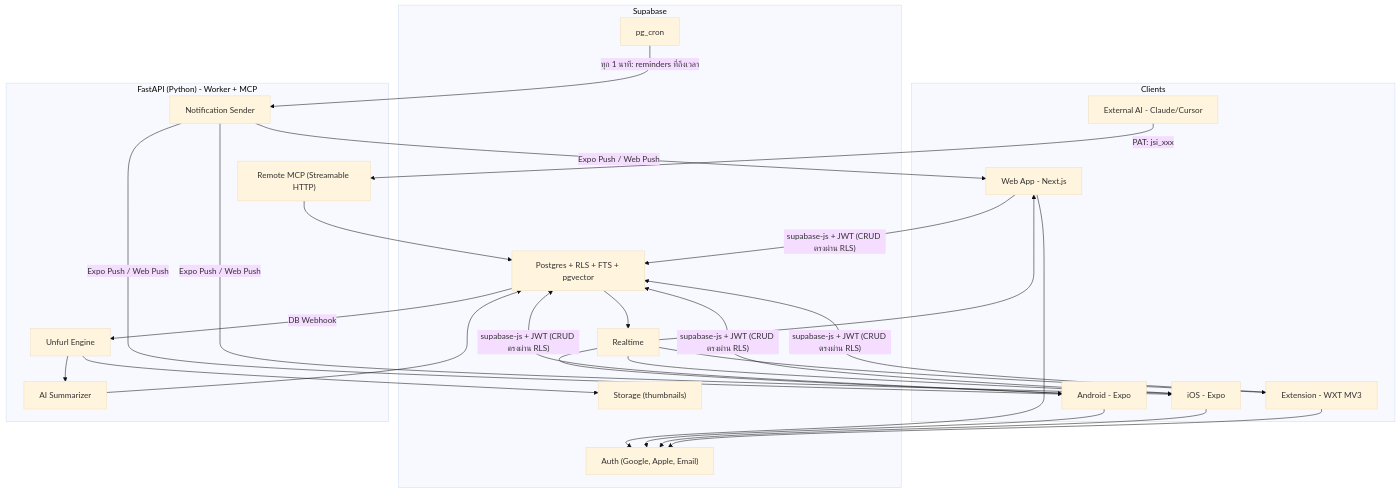
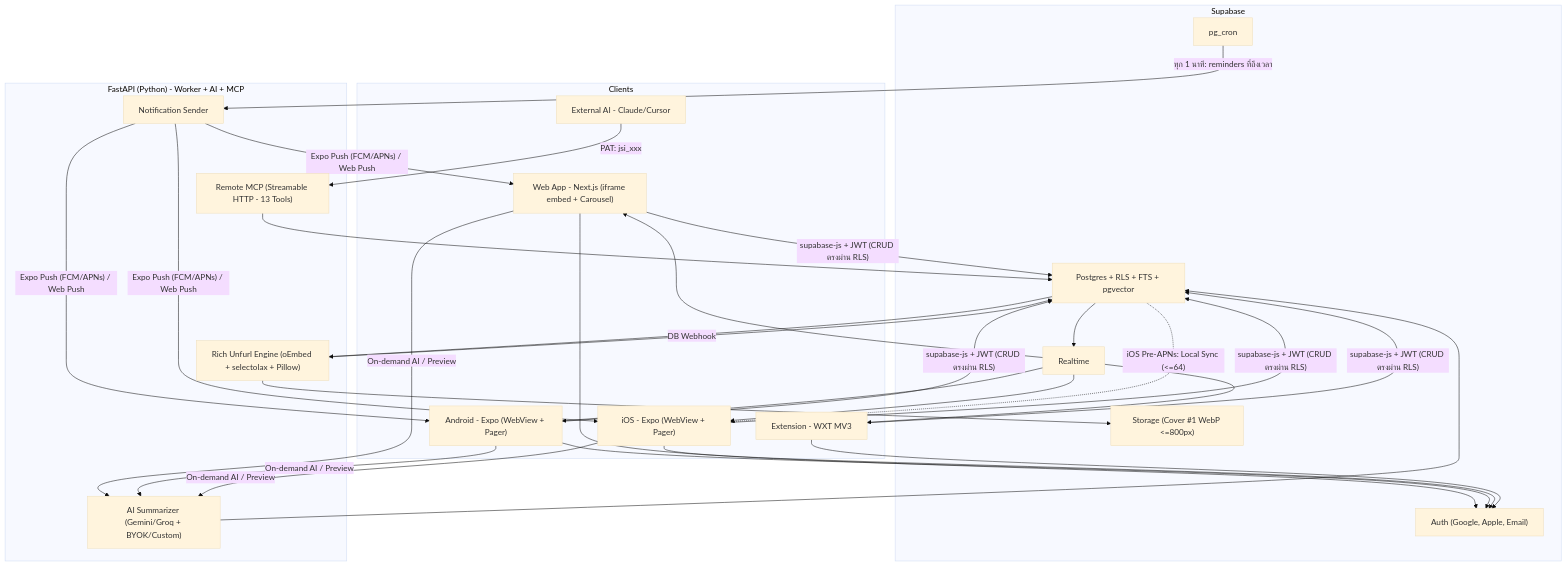
The second of 2 diagrams in PRODUCT_SPEC.md (Ws303/Just-Save-It-), drawn with Mermaid (base theme) before and after one commit. The commit also changed other lines of this file and 70 other files, not shown here.

First line of the commit message:
feat(backend,supabase): complete Parts 0-4 spec alignment, migrations 0001-0006, Unfurl, Reminders, and 88 tests

````diff
--- a/PRODUCT_SPEC.md
+++ b/PRODUCT_SPEC.md
@@ -153,30 +181,32 @@
 ```mermaid
 flowchart TD
     subgraph Clients
-        W["Web App - Next.js"]
-        A["Android - Expo"]
-        I["iOS - Expo"]
+        W["Web App - Next.js (iframe embed + Carousel)"]
+        A["Android - Expo (WebView + Pager)"]
+        I["iOS - Expo (WebView + Pager)"]
         E["Extension - WXT MV3"]
         M["External AI - Claude/Cursor"]
     end
     subgraph Supabase
         AUTH["Auth (Google, Apple, Email)"]
         PG["Postgres + RLS + FTS + pgvector"]
         RT["Realtime"]
-        ST["Storage (thumbnails)"]
+        ST["Storage (Cover #1 WebP <=800px)"]
         CRON["pg_cron"]
     end
-    subgraph FastAPI["FastAPI (Python) - Worker + MCP"]
-        UNF["Unfurl Engine"]
-        AI["AI Summarizer"]
+    subgraph FastAPI["FastAPI (Python) - Worker + AI + MCP"]
+        UNF["Rich Unfurl Engine (oEmbed + selectolax + Pillow)"]
+        AI["AI Summarizer (Gemini/Groq + BYOK/Custom)"]
         NOTI["Notification Sender"]
-        MCP["Remote MCP (Streamable HTTP)"]
+        MCP["Remote MCP (Streamable HTTP - 13 Tools)"]
     end
     W & A & I & E -->|"supabase-js + JWT (CRUD ตรงผ่าน RLS)"| PG
     W & A & I & E --> AUTH
     PG --> RT --> W & A & I & E
-    PG -->|"DB Webhook"| UNF --> AI --> PG
-    CRON -->|"ทุก 1 นาที: reminders ที่ถึงเวลา"| NOTI -->|"Expo Push / Web Push"| A & I & W
+    PG -->|"DB Webhook"| UNF --> ST
+    UNF --> PG
+    W & A & I -->|"On-demand AI / Preview"| AI --> PG
+    CRON -->|"ทุก 1 นาที: reminders ที่ถึงเวลา"| NOTI -->|"Expo Push (FCM/APNs) / Web Push"| A & I & W
+    PG -.->|"iOS Pre-APNs: Local Sync (<=64)"| I
     M -->|"PAT: jsi_xxx"| MCP --> PG
-    UNF --> ST
 ```
````
